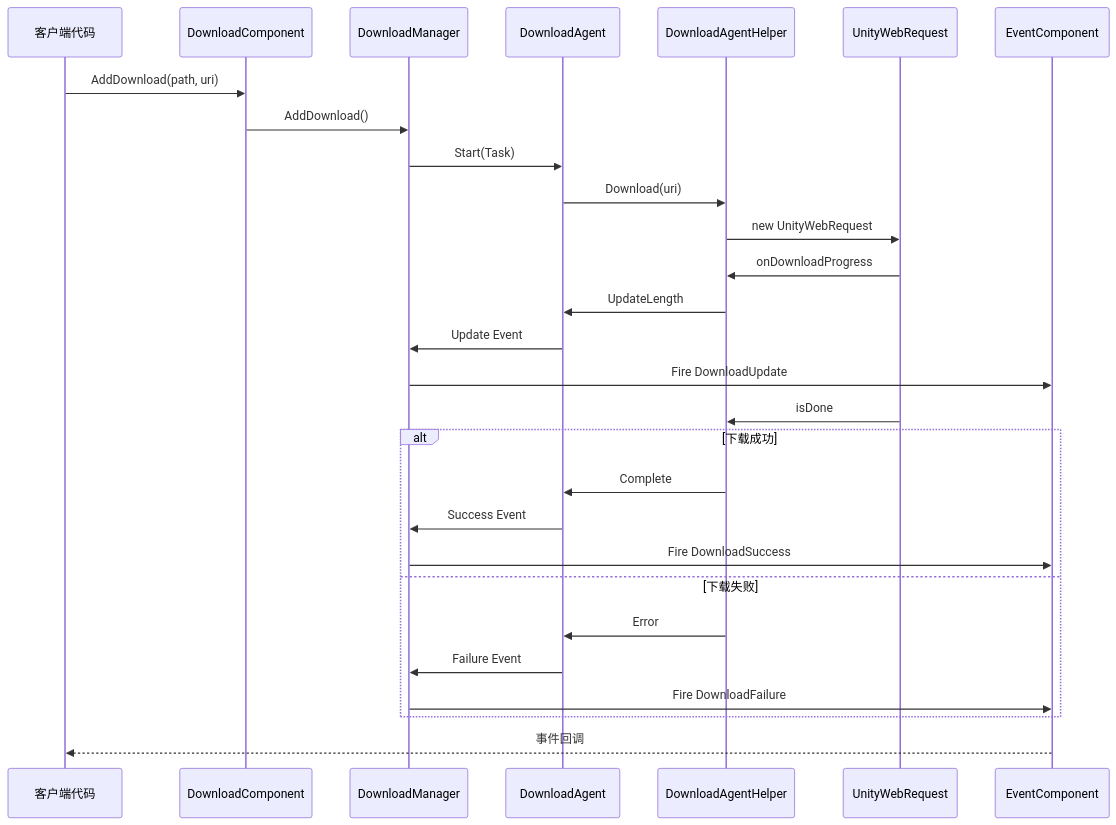
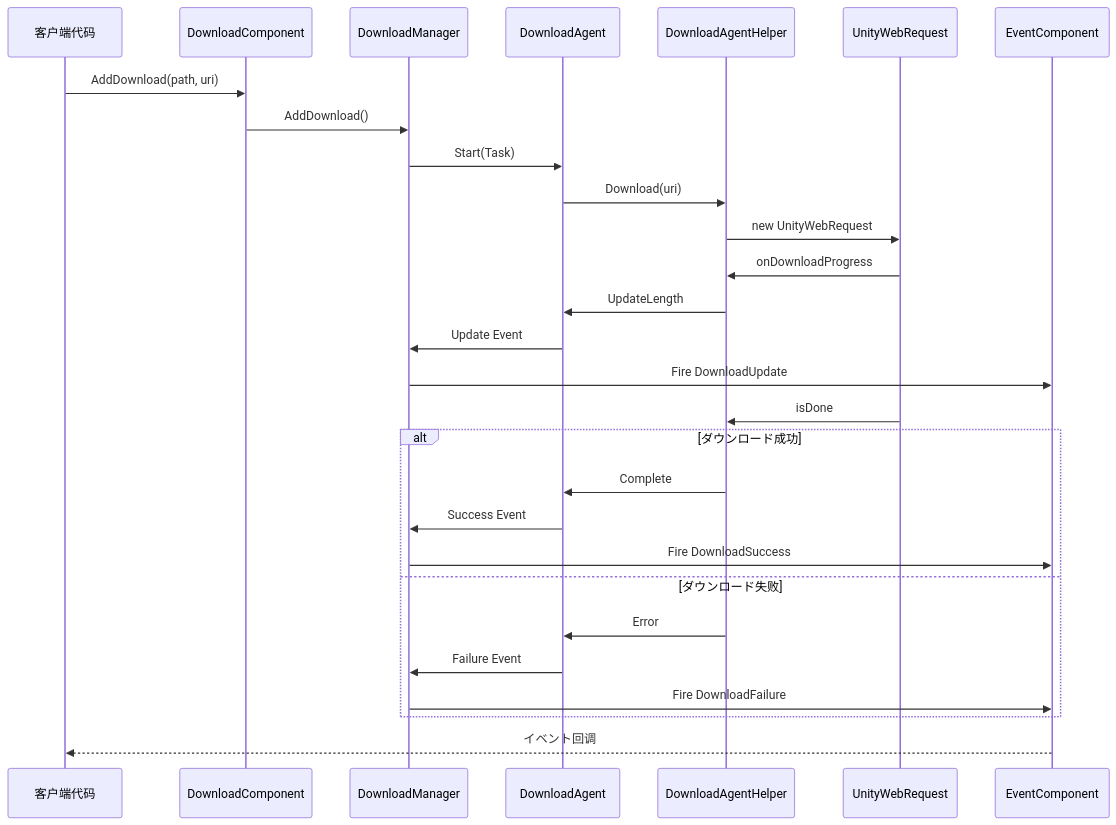
One commit to AlianBlank/GameFrameX.Docs changed the second of 2 diagrams in docs/ja/client/unity/component/download/01.overview.md. Above: the diagram before and after it, drawn with Mermaid. The commit also changed other lines of this file and 603 other files, not shown here.

````diff
--- a/docs/ja/client/unity/component/download/01.overview.md
+++ b/docs/ja/client/unity/component/download/01.overview.md
@@ -146,31 +146,31 @@
 ```mermaid
 sequenceDiagram
     participant Client as 客户端代码
     participant DC as DownloadComponent
     participant DM as DownloadManager
     participant DA as DownloadAgent
     participant H as DownloadAgentHelper
     participant Net as UnityWebRequest
     participant EC as EventComponent
 
     Client->>DC: AddDownload(path, uri)
     DC->>DM: AddDownload()
     DM->>DA: Start(Task)
     DA->>H: Download(uri)
     H->>Net: new UnityWebRequest
     Net->>H: onDownloadProgress
     H->>DA: UpdateLength
     DA->>DM: Update Event
     DM->>EC: Fire DownloadUpdate
     Net->>H: isDone
-    alt 下载成功
+    alt ダウンロード成功
         H->>DA: Complete
         DA->>DM: Success Event
         DM->>EC: Fire DownloadSuccess
-    else 下载失败
+    else ダウンロード失败
         H->>DA: Error
         DA->>DM: Failure Event
         DM->>EC: Fire DownloadFailure
     end
-    EC-->>Client: 事件回调
+    EC-->>Client: イベント回调
 ```
````
